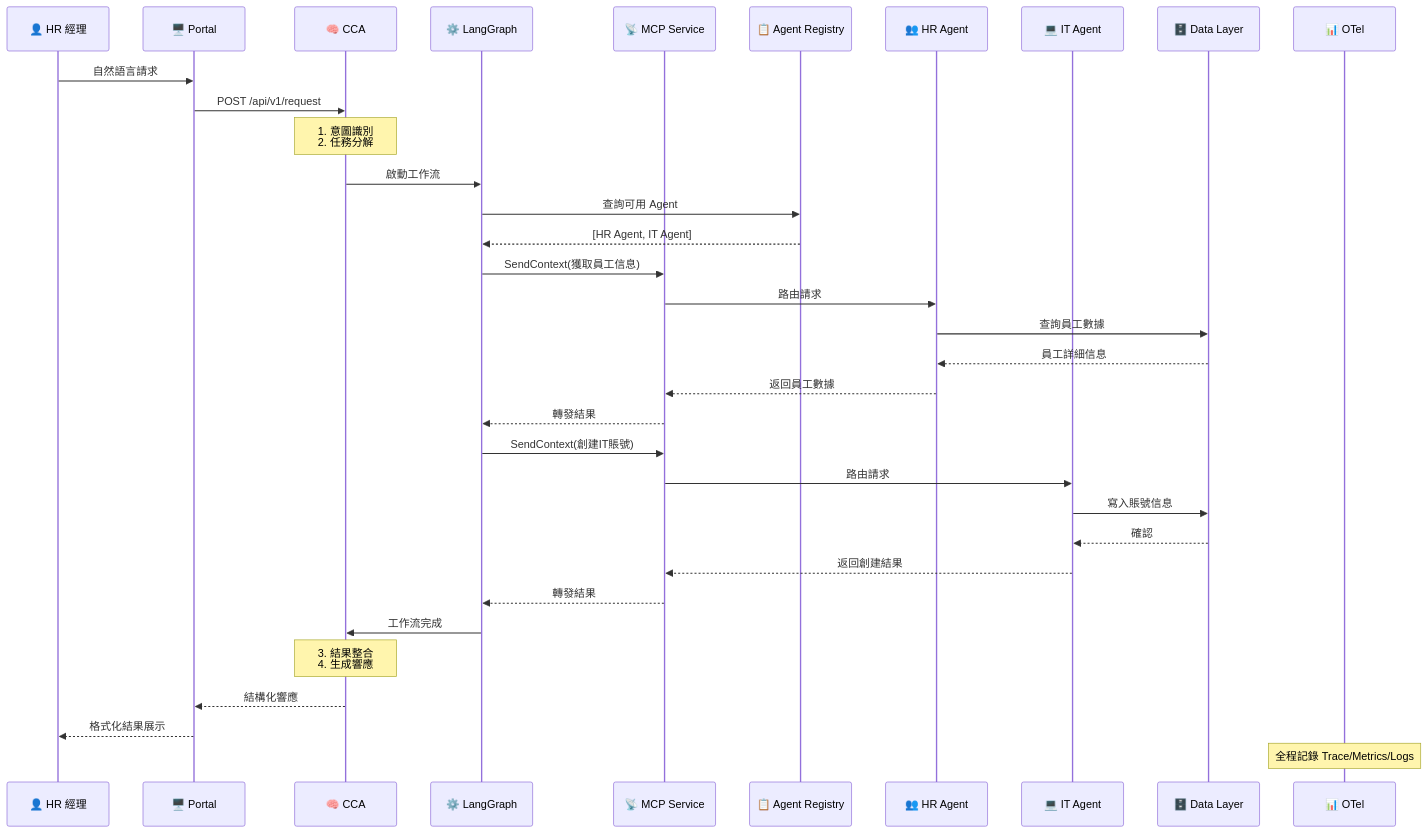
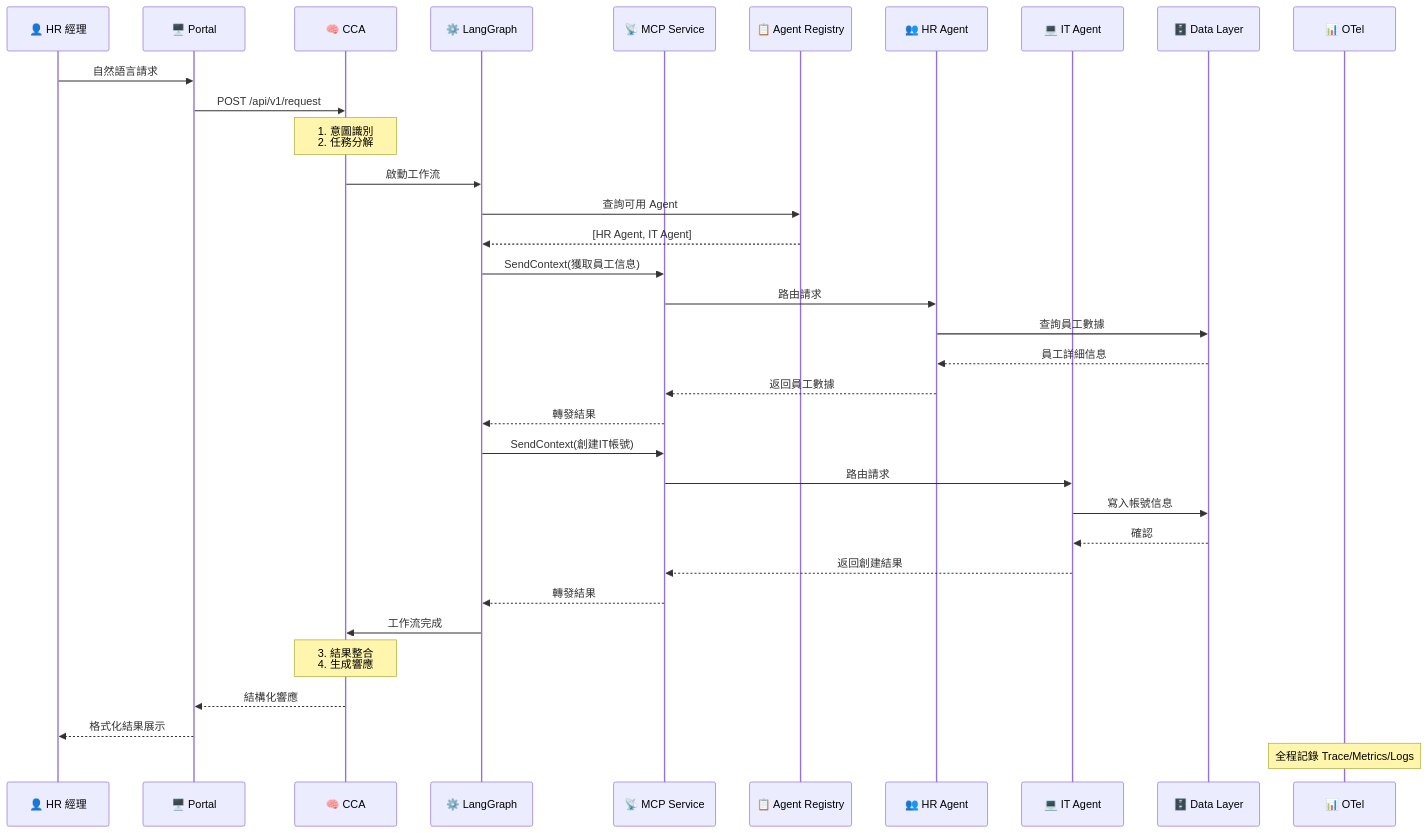
The seventh of 7 diagrams in book/chapter-02.md (ponian/aiebok), drawn with Mermaid before and after one commit. The commit also changed other lines of this file and 6 other files, not shown here.

````diff
--- a/book/chapter-02.md
+++ b/book/chapter-02.md
@@ -692,41 +692,41 @@
 ```mermaid
 sequenceDiagram
     participant U as 👤 HR 經理
     participant P as 🖥️ Portal
     participant CCA as 🧠 CCA
     participant LG as ⚙️ LangGraph
     participant MCP as 📡 MCP Service
     participant Reg as 📋 Agent Registry
     participant HR as 👥 HR Agent
     participant IT as 💻 IT Agent
     participant DB as 🗄️ Data Layer
     participant OTel as 📊 OTel
 
     U->>P: 自然語言請求
     P->>CCA: POST /api/v1/request
     Note over CCA: 1. 意圖識別<br/>2. 任務分解
     CCA->>LG: 啟動工作流
     LG->>Reg: 查詢可用 Agent
     Reg-->>LG: [HR Agent, IT Agent]
 
     LG->>MCP: SendContext(獲取員工信息)
     MCP->>HR: 路由請求
     HR->>DB: 查詢員工數據
     DB-->>HR: 員工詳細信息
     HR-->>MCP: 返回員工數據
     MCP-->>LG: 轉發結果
 
-    LG->>MCP: SendContext(創建IT賬號)
+    LG->>MCP: SendContext(創建IT帳號)
     MCP->>IT: 路由請求
-    IT->>DB: 寫入賬號信息
+    IT->>DB: 寫入帳號信息
     DB-->>IT: 確認
     IT-->>MCP: 返回創建結果
     MCP-->>LG: 轉發結果
 
     LG->>CCA: 工作流完成
     Note over CCA: 3. 結果整合<br/>4. 生成響應
     CCA-->>P: 結構化響應
     P-->>U: 格式化結果展示
 
     Note over OTel: 全程記錄 Trace/Metrics/Logs
 ```
````
